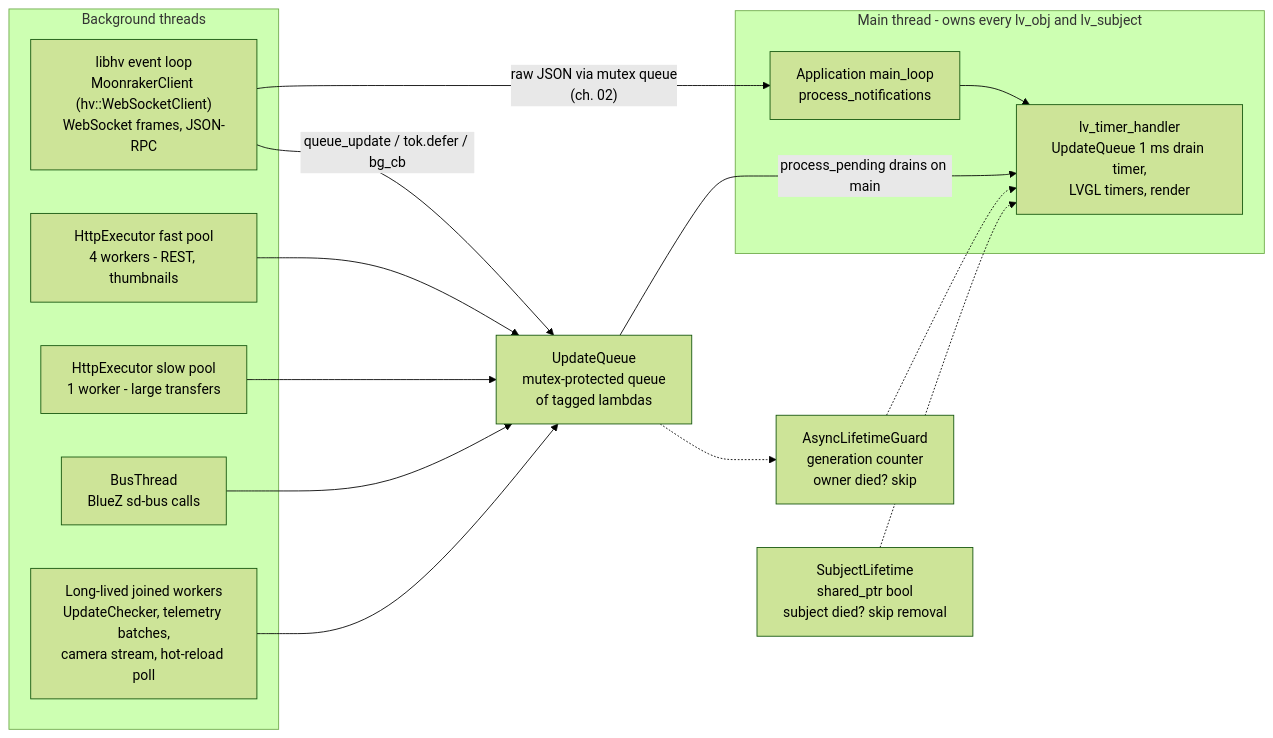
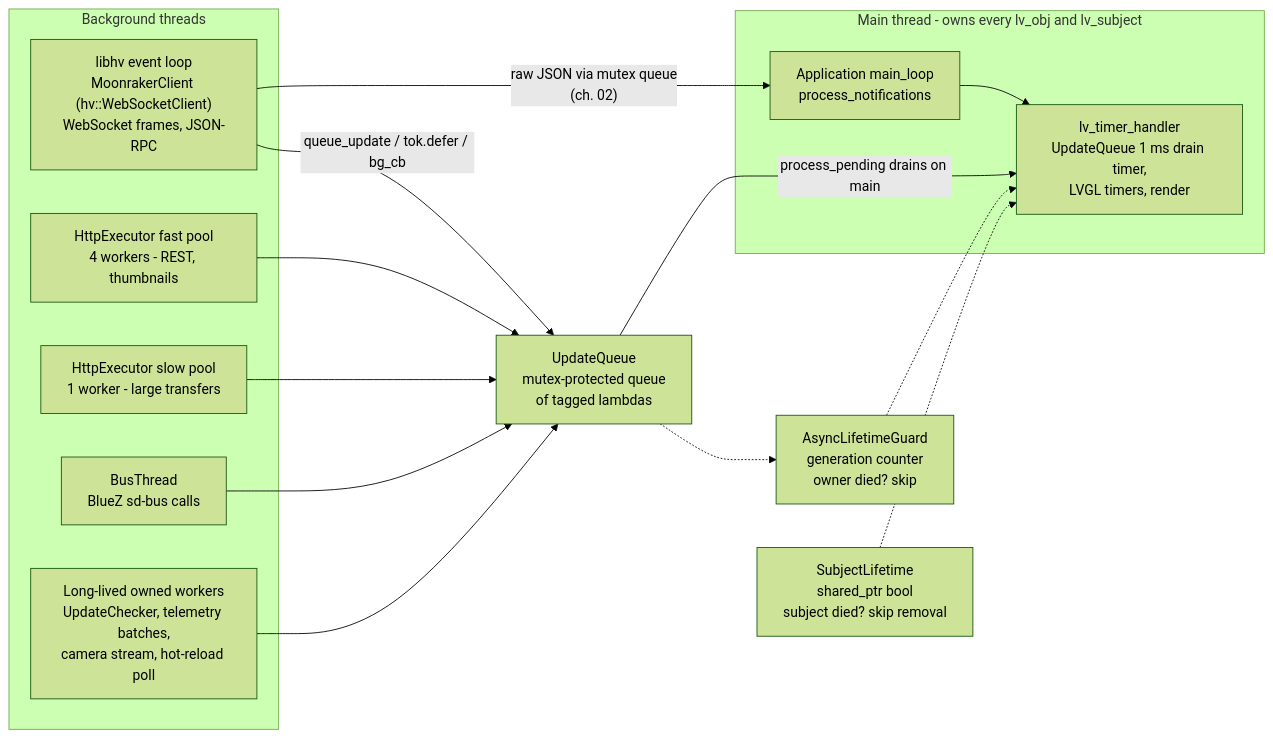
One commit to prestonbrown/helixscreen changed the diagram in docs/devel/architecture/03-threading-lifetime.md. Above: the diagram before and after it, drawn with Mermaid (forest theme). The commit also changed other lines of this file and 26 other files, not shown here.

````diff
--- a/docs/devel/architecture/03-threading-lifetime.md
+++ b/docs/devel/architecture/03-threading-lifetime.md
@@ -7,31 +7,31 @@
 ```mermaid
 flowchart LR
     subgraph BG["Background threads"]
         WS["libhv event loop<br/>MoonrakerClient (hv::WebSocketClient)<br/>WebSocket frames, JSON-RPC"]
         FAST["HttpExecutor fast pool<br/>4 workers - REST, thumbnails"]
         SLOW["HttpExecutor slow pool<br/>1 worker - large transfers"]
         BUS["BusThread<br/>BlueZ sd-bus calls"]
-        WORK["Long-lived joined workers<br/>UpdateChecker, telemetry batches,<br/>camera stream, hot-reload poll"]
+        WORK["Long-lived owned workers<br/>UpdateChecker, telemetry batches,<br/>camera stream, hot-reload poll"]
     end
 
     subgraph MAIN["Main thread - owns every lv_obj and lv_subject"]
         LOOP["Application main_loop<br/>process_notifications"]
         TH["lv_timer_handler<br/>UpdateQueue 1 ms drain timer,<br/>LVGL timers, render"]
         LOOP --> TH
     end
 
     UQ["UpdateQueue<br/>mutex-protected queue<br/>of tagged lambdas"]
     WS -->|"queue_update / tok.defer / bg_cb"| UQ
     FAST --> UQ
     SLOW --> UQ
     BUS --> UQ
     WORK --> UQ
     UQ -->|"process_pending drains on main"| TH
     WS -->|"raw JSON via mutex queue<br/>(ch. 02)"| LOOP
 
     ALG["AsyncLifetimeGuard<br/>generation counter<br/>owner died? skip"]
     SL["SubjectLifetime<br/>shared_ptr bool<br/>subject died? skip removal"]
     UQ -.-> ALG
     ALG -.-> TH
     SL -.-> TH
 ```
````
